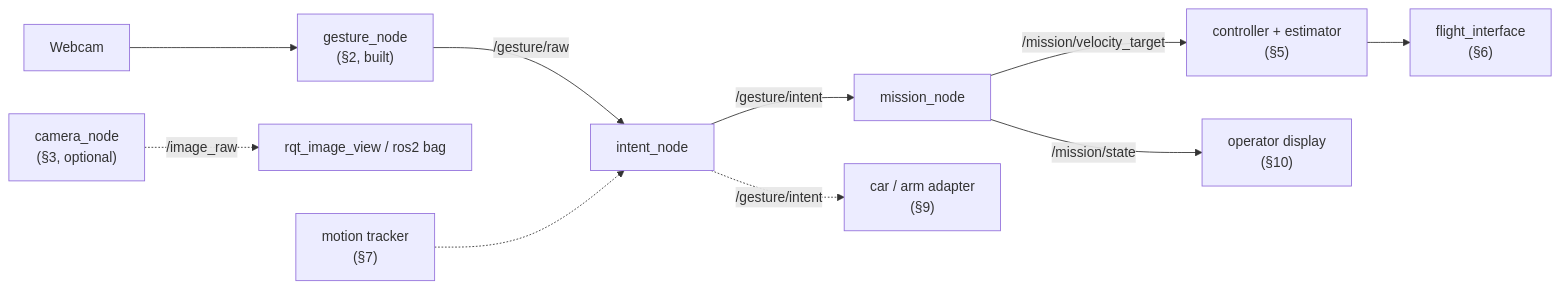
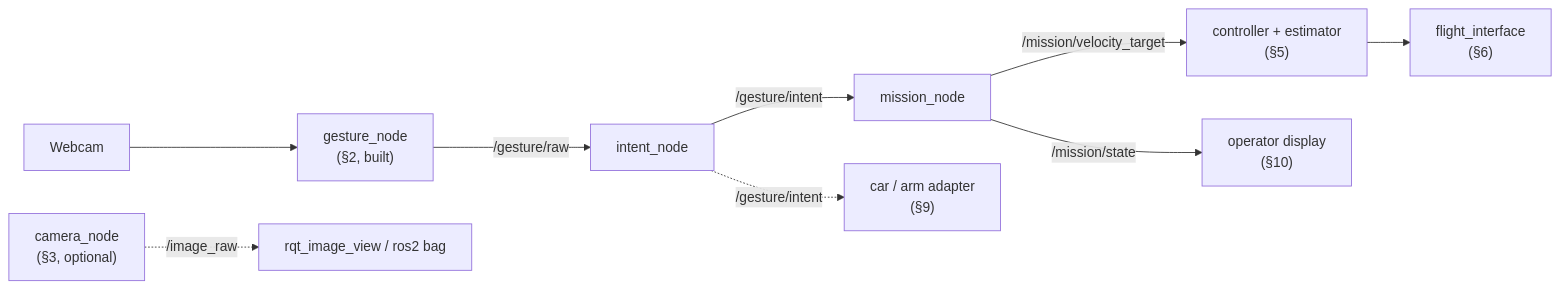
Before and after one commit to SEAME-pt/SEA-ME_Team1_ROSRangers: the diagram in docs/PraticalPlan/06 Gestures/05 Future Nodes.md, drawn with Mermaid. The commit also changed other lines of this file and 11 other files, not shown here.

````diff
--- a/docs/PraticalPlan/06 Gestures/05 Future Nodes.md
+++ b/docs/PraticalPlan/06 Gestures/05 Future Nodes.md
@@ -25,12 +25,11 @@
 ```mermaid
 flowchart LR
   W[Webcam] --> MP["gesture_node<br/>(§2, built)"]
   CAM["camera_node<br/>(§3, optional)"] -.->|/image_raw| UI2["rqt_image_view / ros2 bag"]
   MP -->|/gesture/raw| GN[intent_node]
-  MT["motion tracker<br/>(§7)"] -.-> GN
   GN -->|/gesture/intent| MN[mission_node]
   GN -.->|/gesture/intent| AD["car / arm adapter<br/>(§9)"]
   MN -->|/mission/velocity_target| CTL["controller + estimator<br/>(§5)"]
   CTL --> FI["flight_interface<br/>(§6)"]
   MN -->|/mission/state| UI["operator display<br/>(§10)"]
 ```
````
